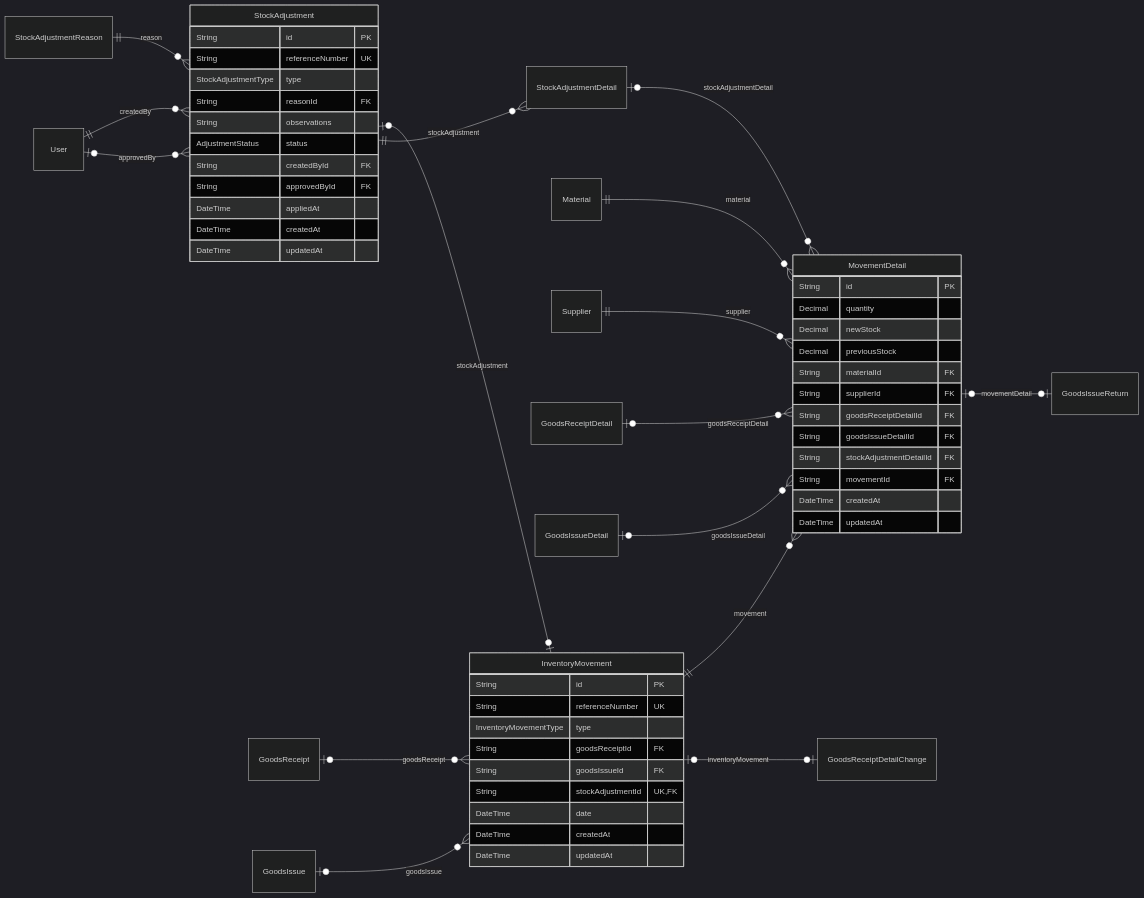
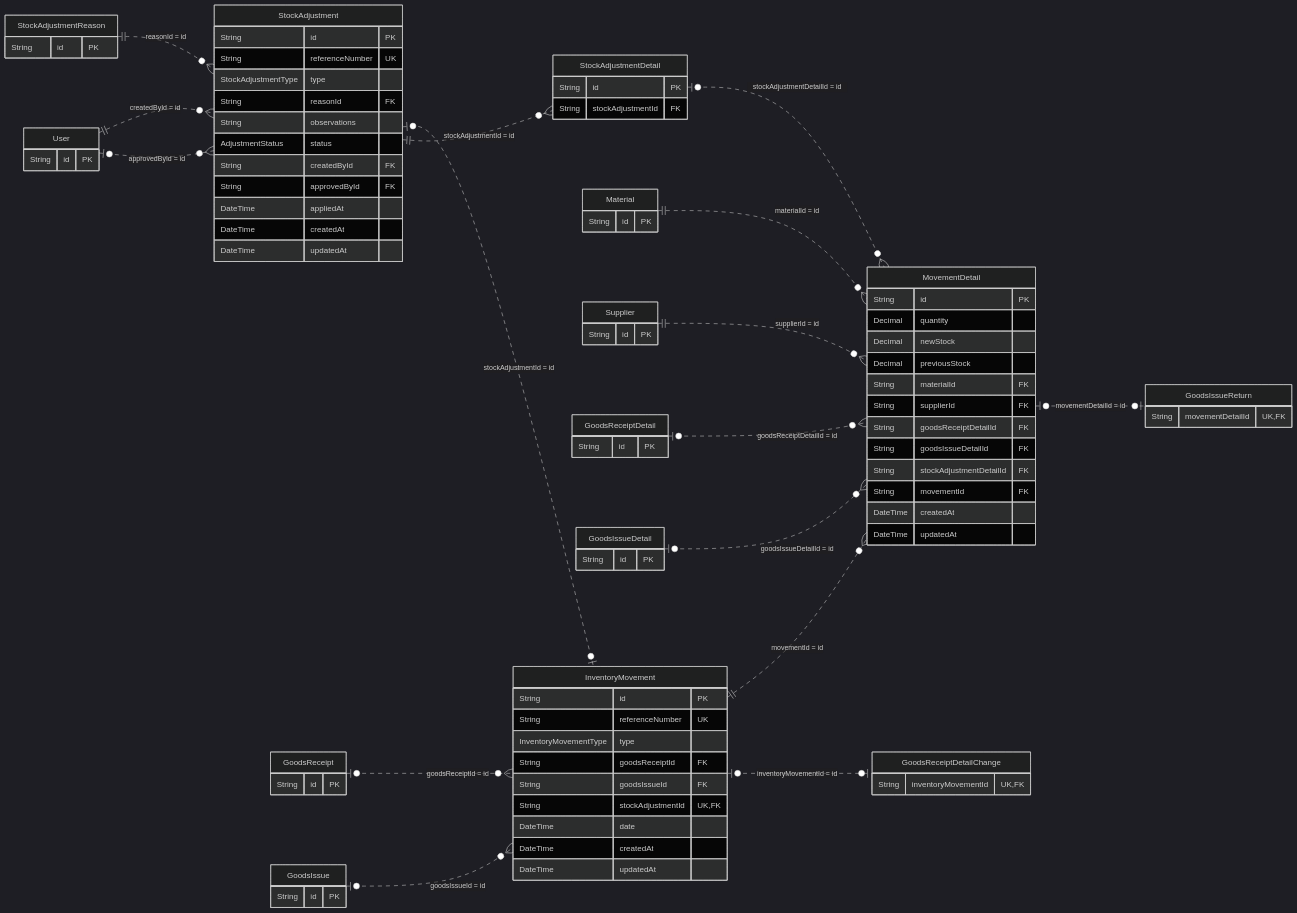
One commit to gpgsistemas01/nexus changed the tenth of 14 diagrams in docs/architecture/views/logical/data-and-persistence/generated/database-schema.md. Above: the diagram before and after it, drawn with Mermaid (dark theme). The commit also changed other lines of this file and 20 other files, not shown here.

Commit message:
docs: corregir relaciones ER y notación UML de diagramas

````diff
--- a/docs/architecture/views/logical/data-and-persistence/generated/database-schema.md
+++ b/docs/architecture/views/logical/data-and-persistence/generated/database-schema.md
@@ -467,19 +676,53 @@
         DateTime createdAt
         DateTime updatedAt
     }
-    MovementDetail o|--o| GoodsIssueReturn : "movementDetail"
-    GoodsReceipt o|--o{ InventoryMovement : "goodsReceipt"
-    GoodsIssue o|--o{ InventoryMovement : "goodsIssue"
-    StockAdjustment o|--o| InventoryMovement : "stockAdjustment"
-    Material ||--o{ MovementDetail : "material"
-    Supplier ||--o{ MovementDetail : "supplier"
-    GoodsReceiptDetail o|--o{ MovementDetail : "goodsReceiptDetail"
-    GoodsIssueDetail o|--o{ MovementDetail : "goodsIssueDetail"
-    StockAdjustmentDetail o|--o{ MovementDetail : "stockAdjustmentDetail"
-    InventoryMovement ||--o{ MovementDetail : "movement"
-    StockAdjustmentReason ||--o{ StockAdjustment : "reason"
-    User ||--o{ StockAdjustment : "createdBy"
-    User o|--o{ StockAdjustment : "approvedBy"
-    StockAdjustment ||--o{ StockAdjustmentDetail : "stockAdjustment"
-    InventoryMovement o|--o| GoodsReceiptDetailChange : "inventoryMovement"
+    GoodsIssueReturn {
+        String movementDetailId UK,FK
+    }
+    GoodsReceipt {
+        String id PK
+    }
+    GoodsIssue {
+        String id PK
+    }
+    Material {
+        String id PK
+    }
+    Supplier {
+        String id PK
+    }
+    GoodsReceiptDetail {
+        String id PK
+    }
+    GoodsIssueDetail {
+        String id PK
+    }
+    StockAdjustmentDetail {
+        String id PK
+        String stockAdjustmentId FK
+    }
+    StockAdjustmentReason {
+        String id PK
+    }
+    User {
+        String id PK
+    }
+    GoodsReceiptDetailChange {
+        String inventoryMovementId UK,FK
+    }
+    MovementDetail o|..o| GoodsIssueReturn : "movementDetailId = id"
+    GoodsReceipt o|..o{ InventoryMovement : "goodsReceiptId = id"
+    GoodsIssue o|..o{ InventoryMovement : "goodsIssueId = id"
+    StockAdjustment o|..o| InventoryMovement : "stockAdjustmentId = id"
+    Material ||..o{ MovementDetail : "materialId = id"
+    Supplier ||..o{ MovementDetail : "supplierId = id"
+    GoodsReceiptDetail o|..o{ MovementDetail : "goodsReceiptDetailId = id"
+    GoodsIssueDetail o|..o{ MovementDetail : "goodsIssueDetailId = id"
+    StockAdjustmentDetail o|..o{ MovementDetail : "stockAdjustmentDetailId = id"
+    InventoryMovement ||..o{ MovementDetail : "movementId = id"
+    StockAdjustmentReason ||..o{ StockAdjustment : "reasonId = id"
+    User ||..o{ StockAdjustment : "createdById = id"
+    User o|..o{ StockAdjustment : "approvedById = id"
+    StockAdjustment ||..o{ StockAdjustmentDetail : "stockAdjustmentId = id"
+    InventoryMovement o|..o| GoodsReceiptDetailChange : "inventoryMovementId = id"
 ```
````
